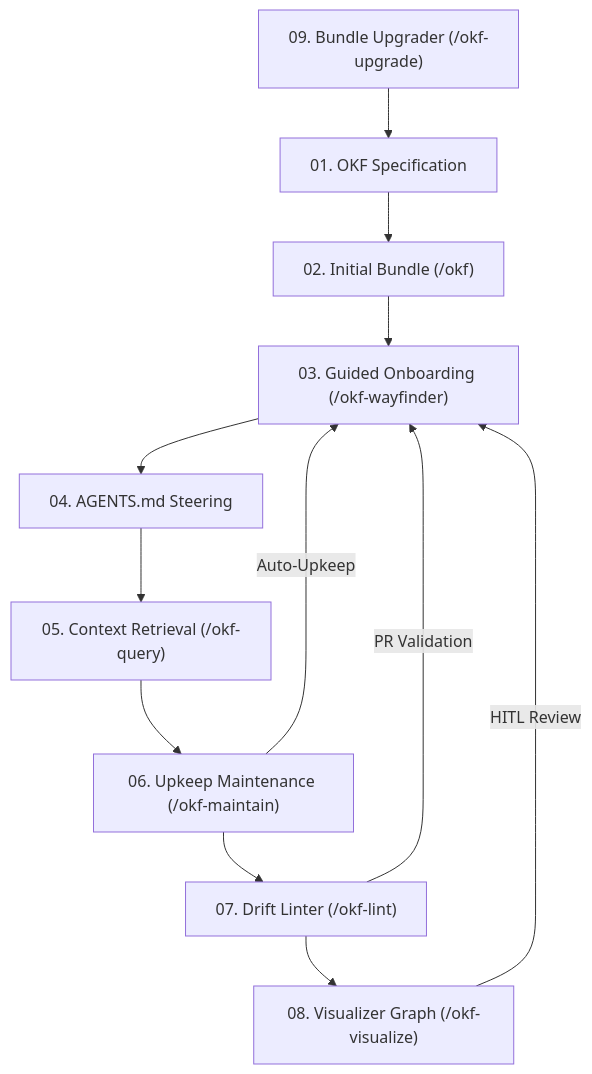
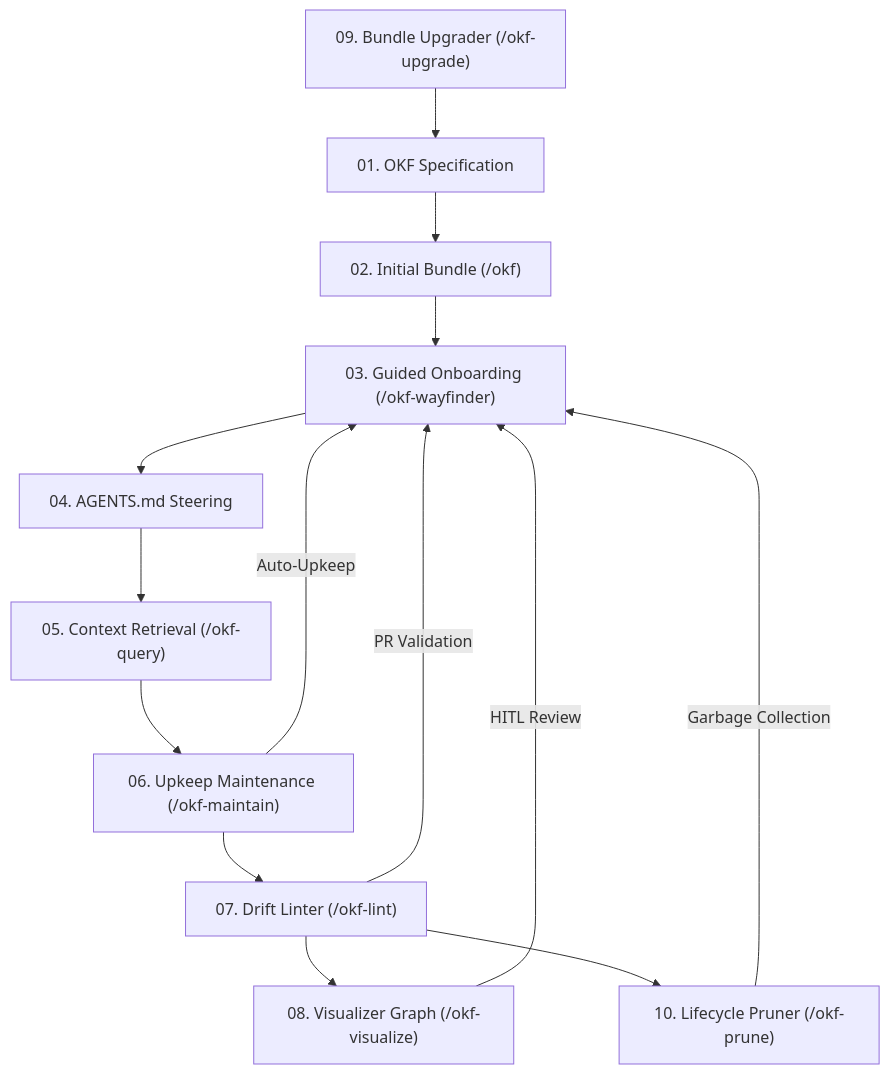
The diagram in README.md (eloybar/okf-skills), drawn with Mermaid before and after one commit. The commit also changed other lines of this file and 15 other files, not shown here.

````diff
--- a/README.md
+++ b/README.md
@@ -13,14 +13,16 @@
 ```mermaid
 graph TD
     I["09. Bundle Upgrader (/okf-upgrade)"] --> A["01. OKF Specification"]
     A --> B["02. Initial Bundle (/okf)"]
     B --> C["03. Guided Onboarding (/okf-wayfinder)"]
     C --> D["04. AGENTS.md Steering"]
     D --> E["05. Context Retrieval (/okf-query)"]
     E --> F["06. Upkeep Maintenance (/okf-maintain)"]
     F -->|Auto-Upkeep| C
     F --> G["07. Drift Linter (/okf-lint)"]
     G -->|PR Validation| C
     G --> H["08. Visualizer Graph (/okf-visualize)"]
     H -->|HITL Review| C
+    G --> J["10. Lifecycle Pruner (/okf-prune)"]
+    J -->|Garbage Collection| C
 ```
````
